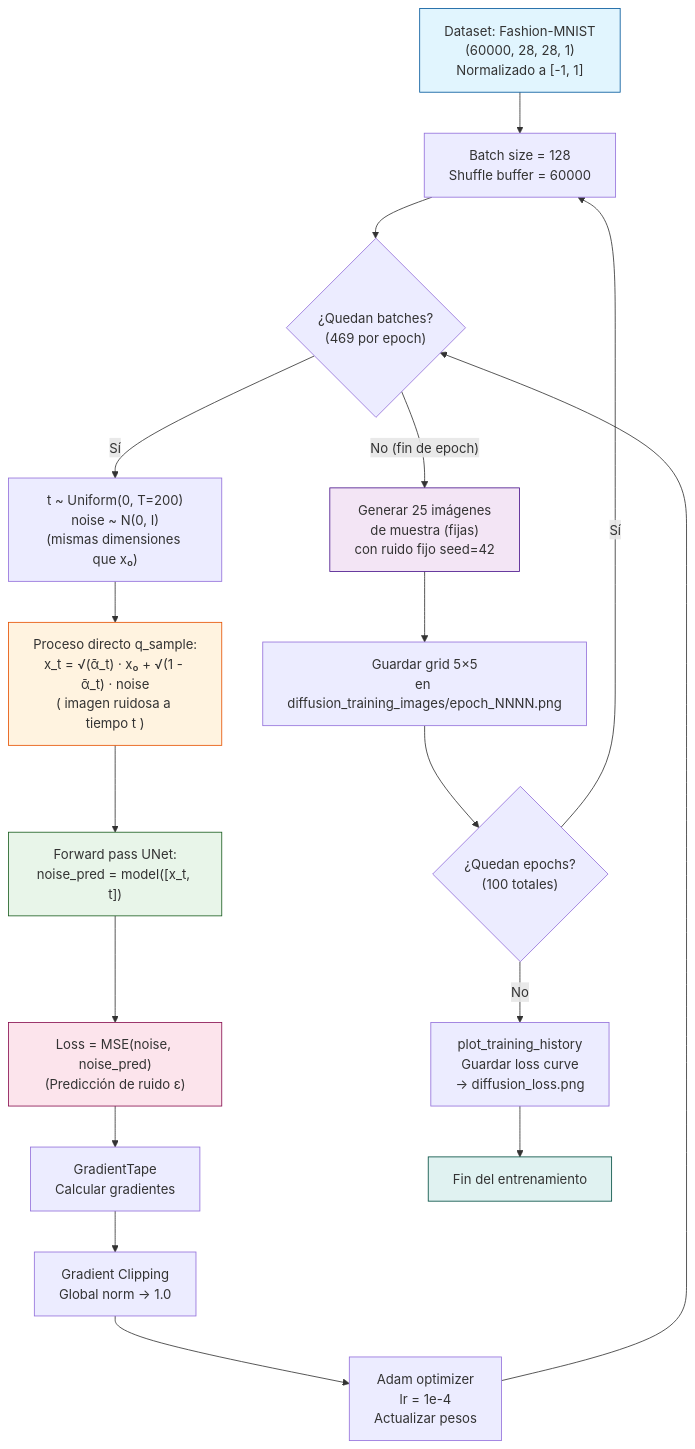
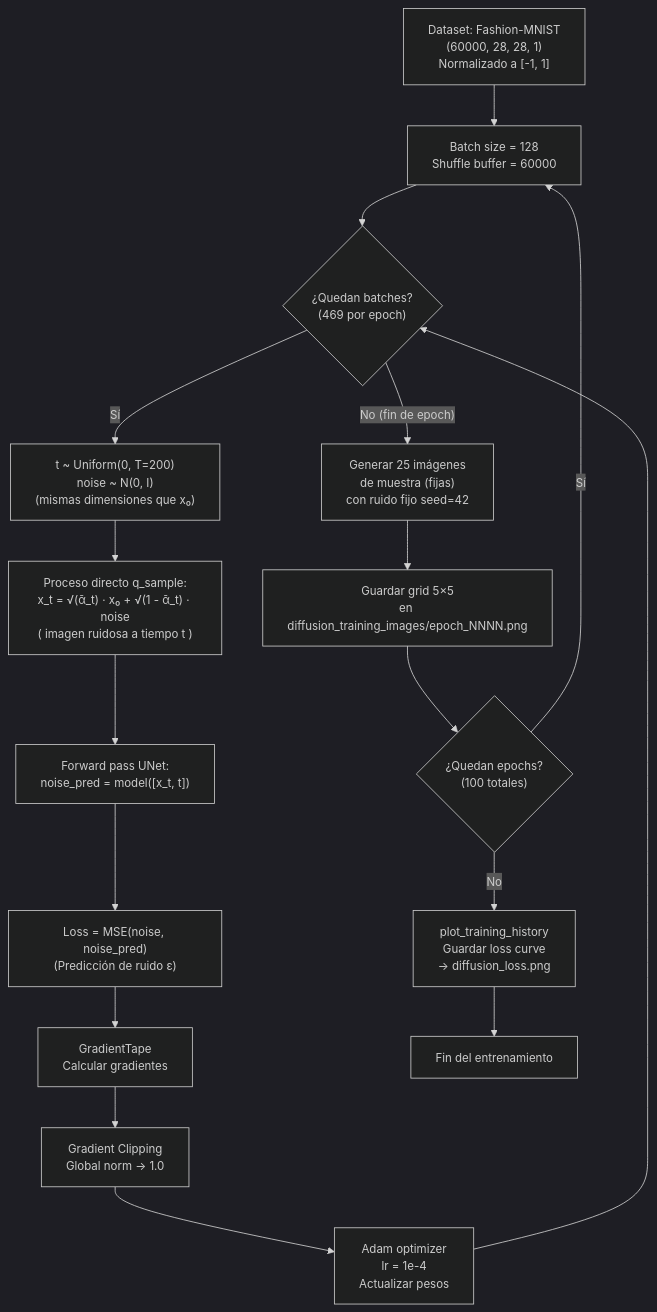
The third of 4 diagrams in doc.md (fxex/Diffusion-IA), drawn with Mermaid before and after one commit. The commit also changed other lines of this file, not shown here.

````diff
--- a/doc.md
+++ b/doc.md
@@ -114,37 +105,31 @@
 ```mermaid
+%%{init: {'theme': 'dark', 'themeVariables': { 'fontSize': '14px' }}}%%
 flowchart TD
     A["Dataset: Fashion-MNIST\n(60000, 28, 28, 1)\nNormalizado a [-1, 1]"] --> B["Batch size = 128\nShuffle buffer = 60000"]
 
     B --> C{"¿Quedan batches?\n(469 por epoch)"}
 
     C -->|"Sí"| D["t ~ Uniform(0, T=200)\nnoise ~ N(0, I)\n(mismas dimensiones que x₀)"]
     C -->|"No (fin de epoch)"| K["Generar 25 imágenes\nde muestra (fijas)\ncon ruido fijo seed=42"]
 
     D --> E["Proceso directo q_sample:\nx_t = √(ᾱ_t) · x₀ + √(1 - ᾱ_t) · noise\n( imagen ruidosa a tiempo t )"]
 
     E --> F["Forward pass UNet:\nnoise_pred = model([x_t, t])"]
 
     F --> G["Loss = MSE(noise, noise_pred)\n(Predicción de ruido ε)"]
 
     G --> H["GradientTape\nCalcular gradientes"]
 
     H --> I["Gradient Clipping\nGlobal norm → 1.0"]
 
     I --> J["Adam optimizer\nlr = 1e-4\nActualizar pesos"]
 
     J --> C
 
     K --> L["Guardar grid 5×5\nen diffusion_training_images/epoch_NNNN.png"]
 
     L --> M{"¿Quedan epochs?\n(100 totales)"}
     M -->|"Sí"| B
     M -->|"No"| N["plot_training_history\nGuardar loss curve\n→ diffusion_loss.png"]
     N --> O["Fin del entrenamiento"]
-
-    style A fill:#e1f5fe,stroke:#01579b
-    style E fill:#fff3e0,stroke:#e65100
-    style F fill:#e8f5e9,stroke:#1b5e20
-    style G fill:#fce4ec,stroke:#880e4f
-    style K fill:#f3e5f5,stroke:#4a148c
-    style O fill:#e0f2f1,stroke:#004d40
 ```
````
